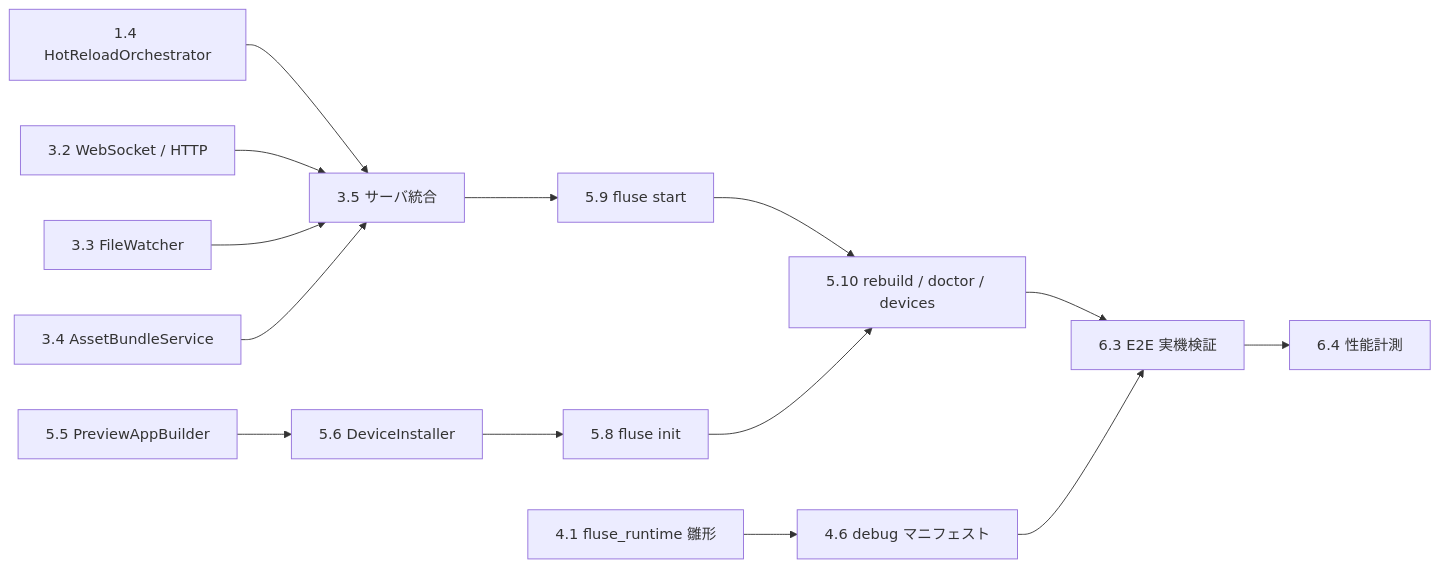
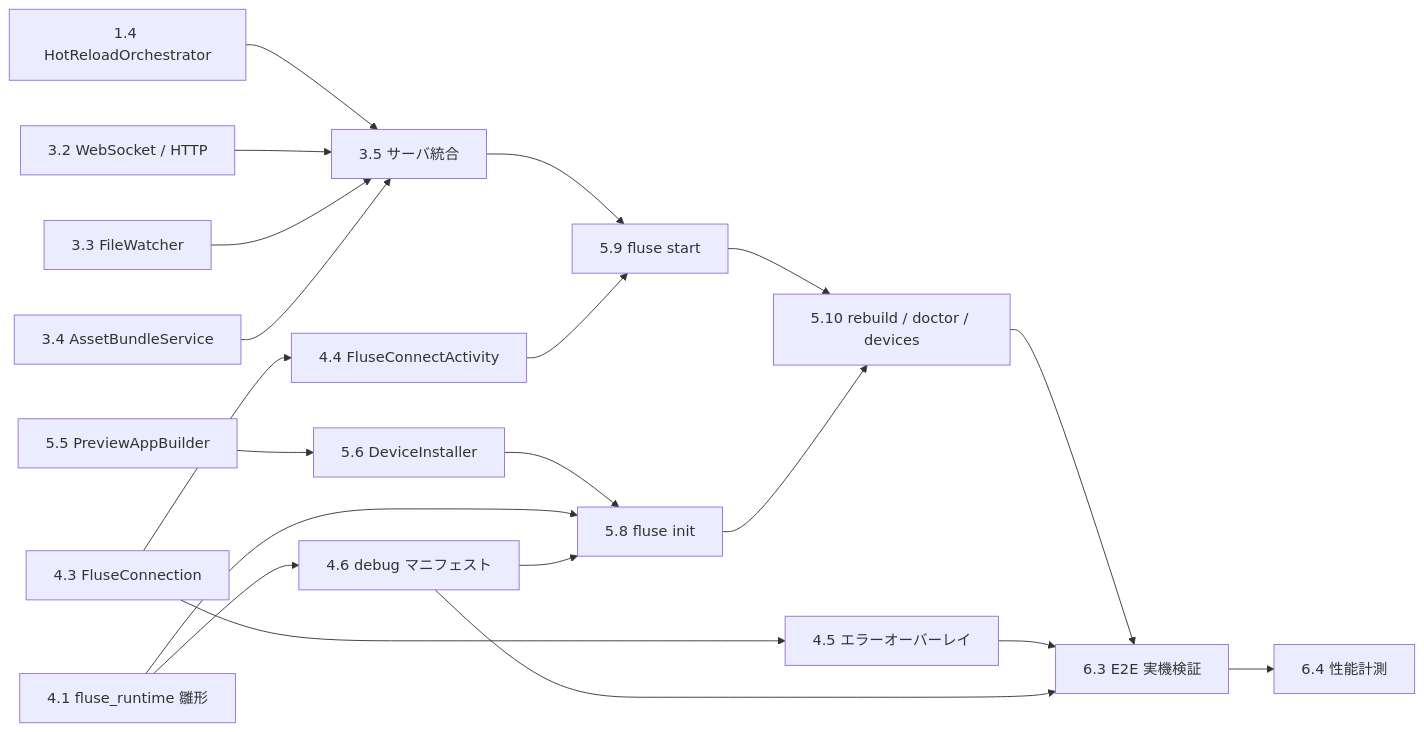
Before and after one commit to goofmint/fluse: the second of 2 diagrams in .tmp/tasks.md, drawn with Mermaid. The commit also changed other lines of this file and 2 other files, not shown here.

````diff
--- a/.tmp/tasks.md
+++ b/.tmp/tasks.md
@@ -537,16 +556,22 @@
 ```mermaid
 graph LR
   T14["1.4 HotReloadOrchestrator"] --> T35["3.5 サーバ統合"]
   T32["3.2 WebSocket / HTTP"] --> T35
   T33["3.3 FileWatcher"] --> T35
   T34["3.4 AssetBundleService"] --> T35
   T35 --> T59["5.9 fluse start"]
   T59 --> T510["5.10 rebuild / doctor / devices"]
   T55["5.5 PreviewAppBuilder"] --> T56["5.6 DeviceInstaller"]
   T56 --> T58["5.8 fluse init"]
   T58 --> T510
   T510 --> T63["6.3 E2E 実機検証"]
   T41["4.1 fluse_runtime 雛形"] --> T46["4.6 debug マニフェスト"]
+  T41 --> T58
+  T46 --> T58
+  T43["4.3 FluseConnection"] --> T44["4.4 FluseConnectActivity"]
+  T43 --> T45["4.5 エラーオーバーレイ"]
+  T44 --> T59
+  T45 --> T63
   T46 --> T63
   T63 --> T64["6.4 性能計測"]
 ```
````
